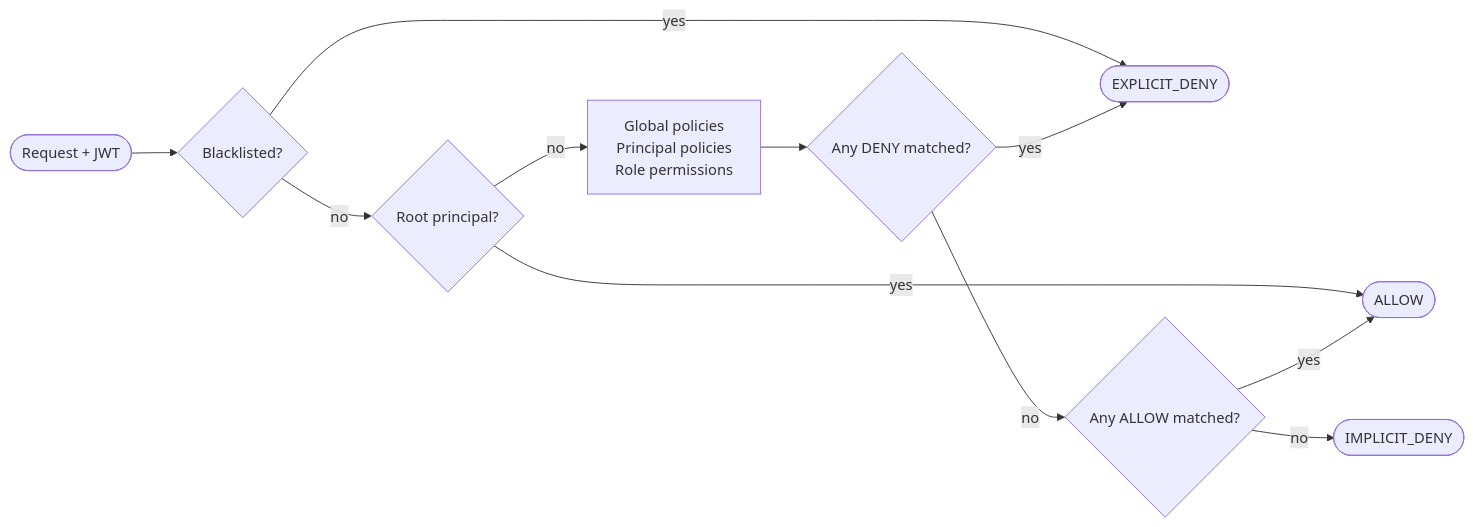
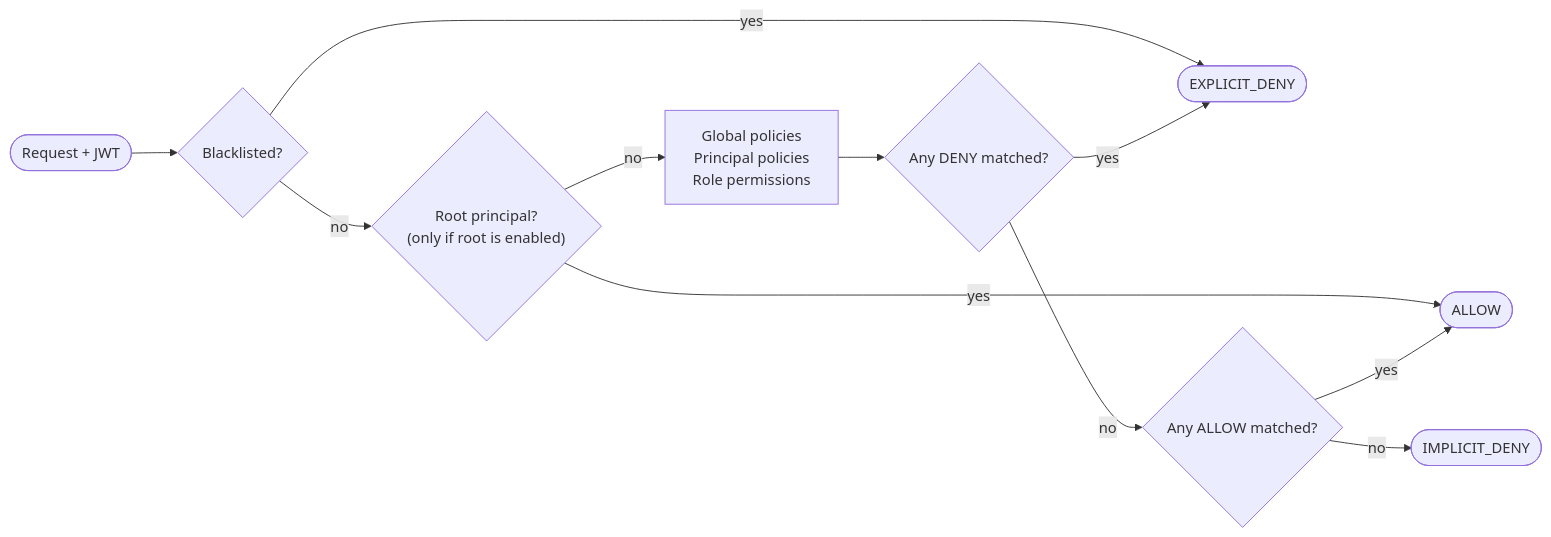
The diagram in README.md (Ahoo-Wang/CoSec), drawn with Mermaid before and after one commit. The commit also changed 33 other files, not shown here.

````diff
--- a/README.md
+++ b/README.md
@@ -36,13 +36,13 @@
 ```mermaid
 flowchart LR
     R([Request + JWT]) --> BL{Blacklisted?}
     BL -->|yes| DENY([EXPLICIT_DENY])
-    BL -->|no| ROOT{Root principal?}
+    BL -->|no| ROOT{"Root principal?<br>(only if root is enabled)"}
     ROOT -->|yes| ALLOW([ALLOW])
     ROOT -->|no| L["Global policies<br>Principal policies<br>Role permissions"]
     L --> D{Any DENY matched?}
     D -->|yes| DENY
     D -->|no| A{Any ALLOW matched?}
     A -->|yes| ALLOW
     A -->|no| IMP([IMPLICIT_DENY])
 ```
````
